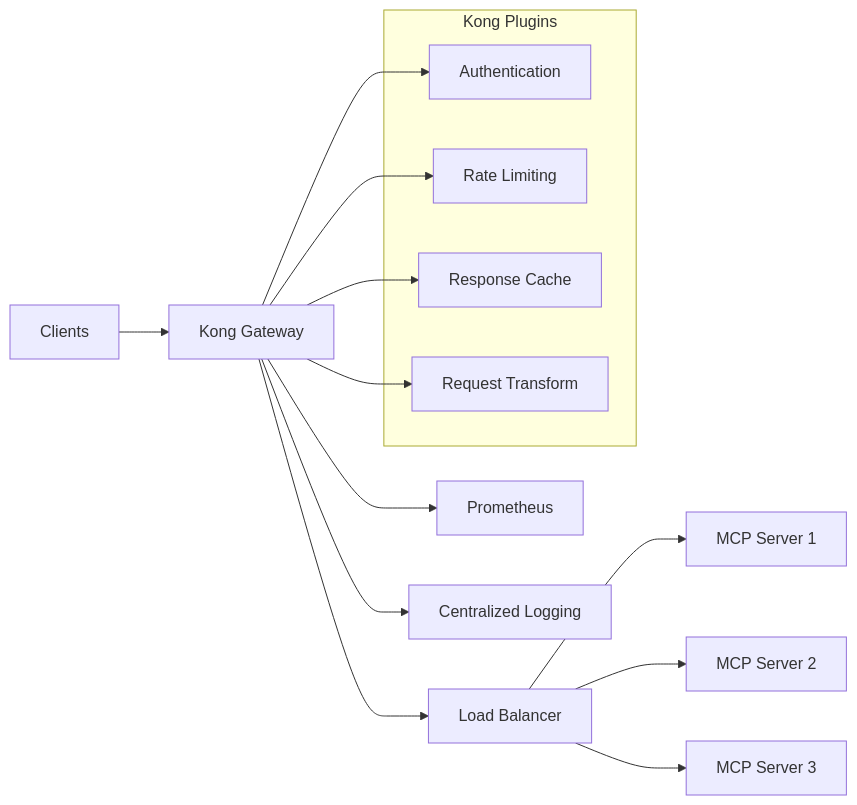
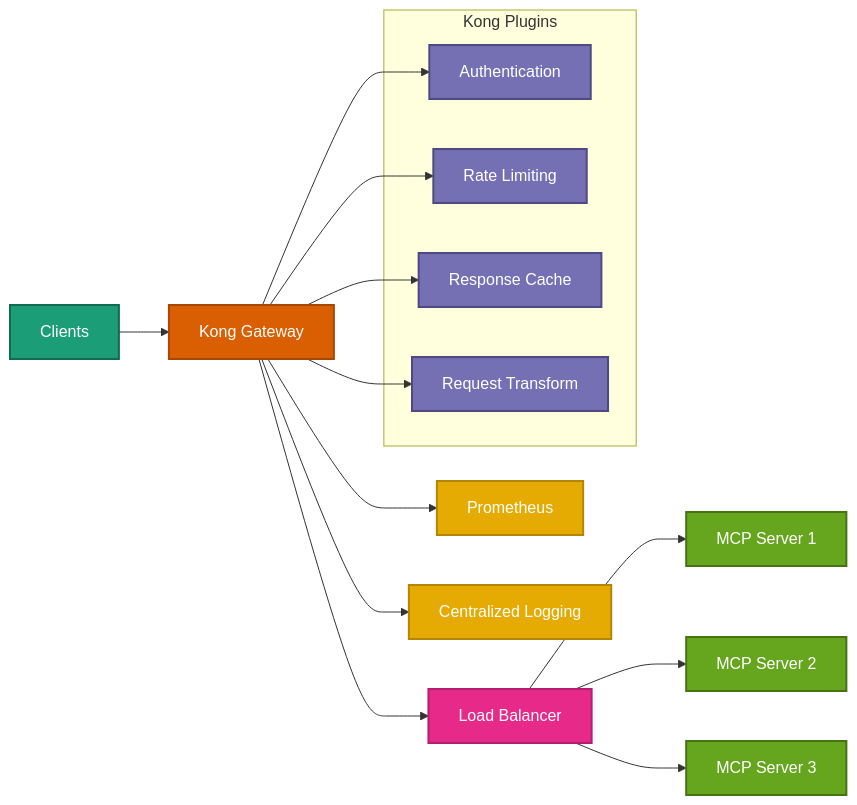
The diagram in docs/deployment/kong-gateway.mdx (vishnu2kmohan/mcp-server-langgraph), drawn with Mermaid before and after one commit. The commit also changed 9 other files, not shown here.

First line of the commit message:
style: apply ColorBrewer2 Dark2 palette to all remaining diagrams

````diff
--- a/docs/deployment/kong-gateway.mdx
+++ b/docs/deployment/kong-gateway.mdx
@@ -17,23 +17,38 @@
 ```mermaid
 graph LR
     Client[Clients] --> Kong[Kong Gateway]
     Kong --> Auth[Authentication]
     Kong --> Rate[Rate Limiting]
     Kong --> Cache[Response Cache]
     Kong --> Transform[Request Transform]
 
     Kong --> LB[Load Balancer]
     LB --> App1[MCP Server 1]
     LB --> App2[MCP Server 2]
     LB --> App3[MCP Server 3]
 
     Kong --> Metrics[Prometheus]
     Kong --> Logs[Centralized Logging]
 
-    subgraph "Kong Plugins"
+    subgraph Kong_Plugins["Kong Plugins"]
         Auth
         Rate
         Cache
         Transform
     end
+
+    %% ColorBrewer2 Dark2 palette styling
+    classDef clientStyle fill:#1b9e77,stroke:#116b52,stroke-width:2px,color:#fff
+    classDef kongStyle fill:#d95f02,stroke:#a64801,stroke-width:2px,color:#fff
+    classDef pluginStyle fill:#7570b3,stroke:#4e4a7f,stroke-width:2px,color:#fff
+    classDef lbStyle fill:#e7298a,stroke:#b31e6d,stroke-width:2px,color:#fff
+    classDef appStyle fill:#66a61e,stroke:#477315,stroke-width:2px,color:#fff
+    classDef obsStyle fill:#e6ab02,stroke:#b38501,stroke-width:2px,color:#fff
+
+    class Client clientStyle
+    class Kong kongStyle
+    class Auth,Rate,Cache,Transform pluginStyle
+    class LB lbStyle
+    class App1,App2,App3 appStyle
+    class Metrics,Logs obsStyle
 ```
````
